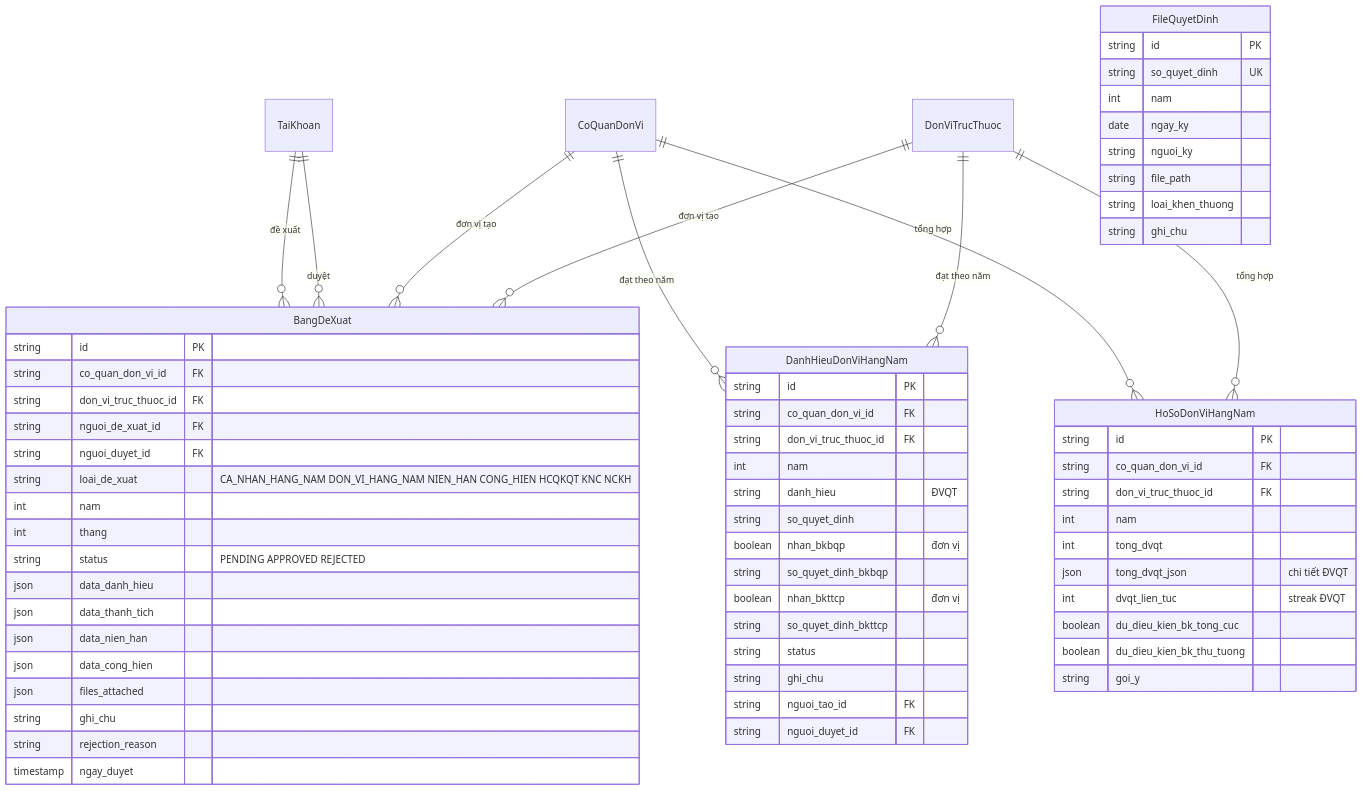
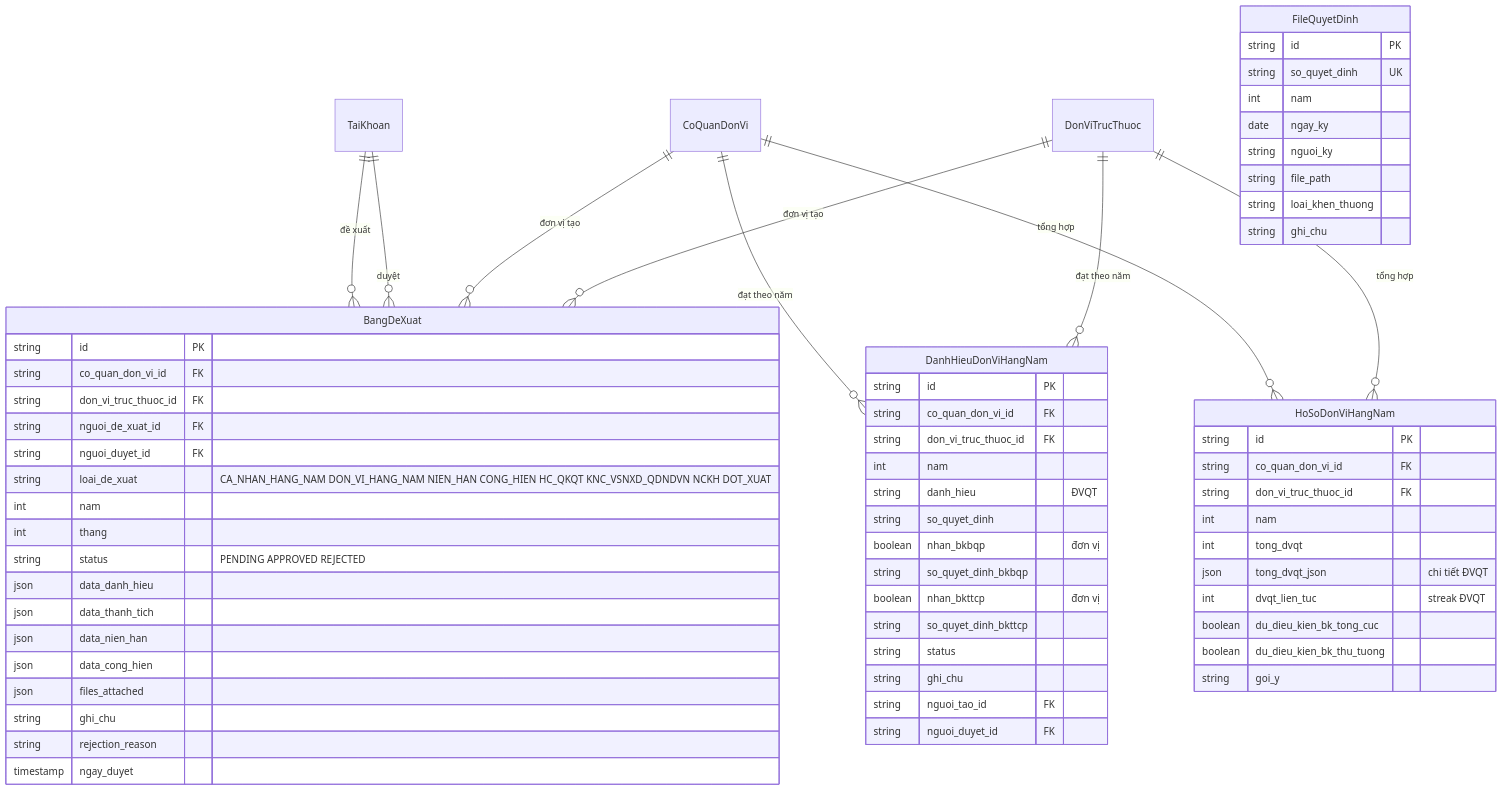
The fifth of 6 diagrams in docs/diagrams/06-erd.md (tranducbk/DATN_PM_QLKT), drawn with Mermaid before and after one commit. The commit also changed other lines of this file and 309 other files, not shown here.

````diff
--- a/docs/diagrams/06-erd.md
+++ b/docs/diagrams/06-erd.md
@@ -630,69 +630,69 @@
 ```mermaid
 erDiagram
     TaiKhoan ||--o{ BangDeXuat : "đề xuất"
     TaiKhoan ||--o{ BangDeXuat : "duyệt"
     CoQuanDonVi ||--o{ BangDeXuat : "đơn vị tạo"
     DonViTrucThuoc ||--o{ BangDeXuat : "đơn vị tạo"
     CoQuanDonVi ||--o{ DanhHieuDonViHangNam : "đạt theo năm"
     DonViTrucThuoc ||--o{ DanhHieuDonViHangNam : "đạt theo năm"
     CoQuanDonVi ||--o{ HoSoDonViHangNam : "tổng hợp"
     DonViTrucThuoc ||--o{ HoSoDonViHangNam : "tổng hợp"
 
     BangDeXuat {
         string id PK
         string co_quan_don_vi_id FK
         string don_vi_truc_thuoc_id FK
         string nguoi_de_xuat_id FK
         string nguoi_duyet_id FK
-        string loai_de_xuat "CA_NHAN_HANG_NAM DON_VI_HANG_NAM NIEN_HAN CONG_HIEN HCQKQT KNC NCKH"
+        string loai_de_xuat "CA_NHAN_HANG_NAM DON_VI_HANG_NAM NIEN_HAN CONG_HIEN HC_QKQT KNC_VSNXD_QDNDVN NCKH DOT_XUAT"
         int nam
         int thang
         string status "PENDING APPROVED REJECTED"
         json data_danh_hieu
         json data_thanh_tich
         json data_nien_han
         json data_cong_hien
         json files_attached
         string ghi_chu
         string rejection_reason
         timestamp ngay_duyet
     }
     DanhHieuDonViHangNam {
         string id PK
         string co_quan_don_vi_id FK
         string don_vi_truc_thuoc_id FK
         int nam
         string danh_hieu "ĐVQT"
         string so_quyet_dinh
         boolean nhan_bkbqp "đơn vị"
         string so_quyet_dinh_bkbqp
         boolean nhan_bkttcp "đơn vị"
         string so_quyet_dinh_bkttcp
         string status
         string ghi_chu
         string nguoi_tao_id FK
         string nguoi_duyet_id FK
     }
     HoSoDonViHangNam {
         string id PK
         string co_quan_don_vi_id FK
         string don_vi_truc_thuoc_id FK
         int nam
         int tong_dvqt
         json tong_dvqt_json "chi tiết ĐVQT"
         int dvqt_lien_tuc "streak ĐVQT"
         boolean du_dieu_kien_bk_tong_cuc
         boolean du_dieu_kien_bk_thu_tuong
         string goi_y
     }
     FileQuyetDinh {
         string id PK
         string so_quyet_dinh UK
         int nam
         date ngay_ky
         string nguoi_ky
         string file_path
         string loai_khen_thuong
         string ghi_chu
     }
 ```
````
